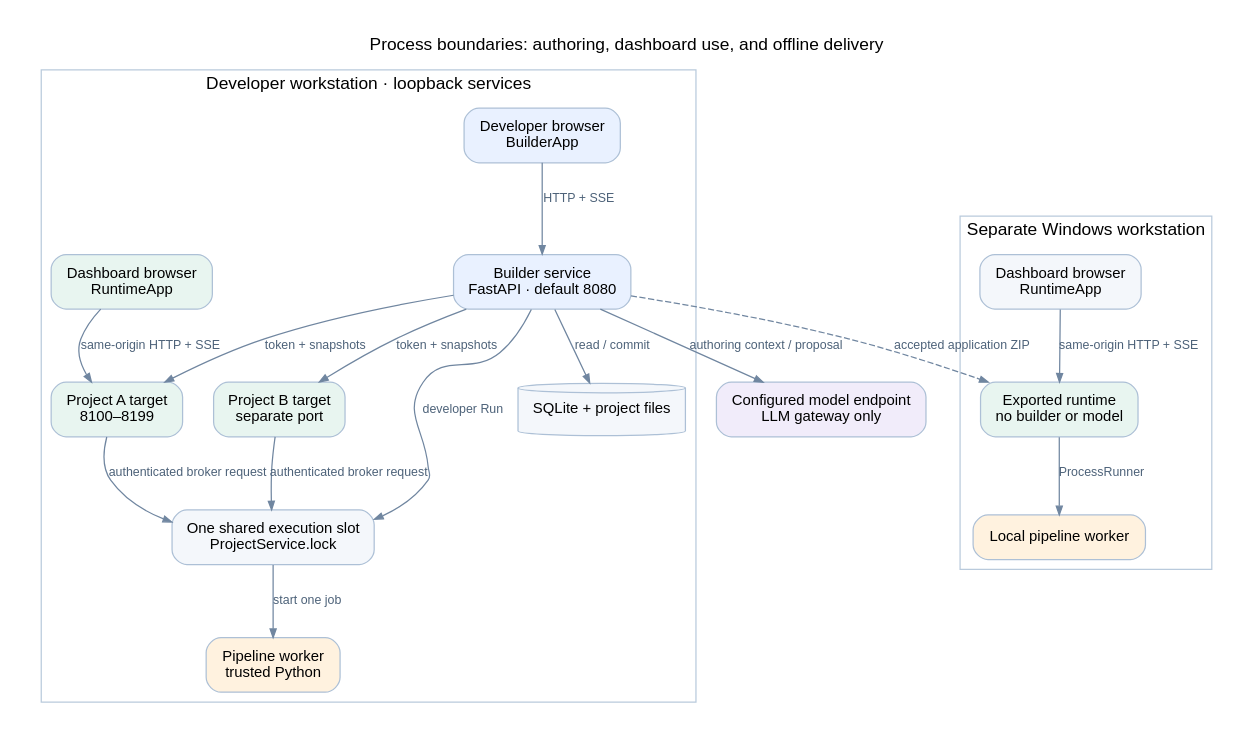
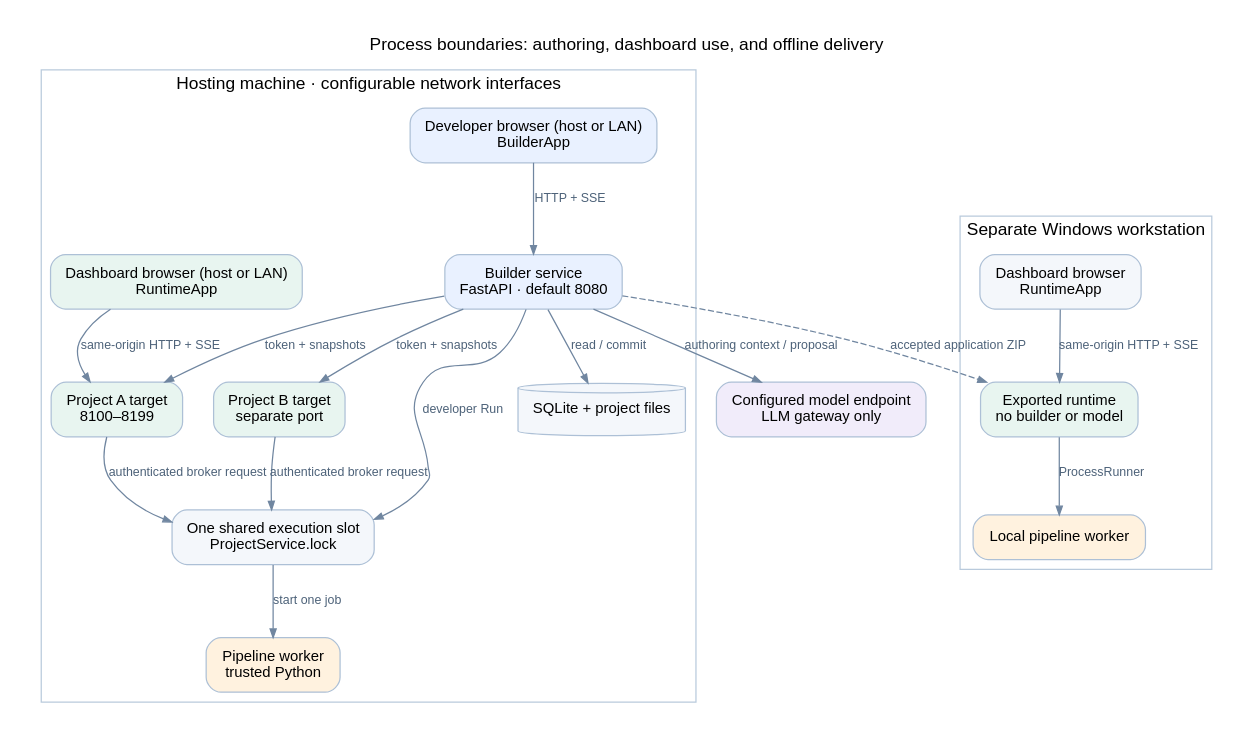
The diagram in llm/data_analysis_agent/docs/developer/diagrams/deployment.dot (ankdesh/build-with-terminator), drawn with Graphviz before and after one commit. The commit also changed 17 other files, not shown here.

Commit message:
Allow LAN access to builder and project dashboards

```diff
--- a/llm/data_analysis_agent/docs/developer/diagrams/deployment.dot
+++ b/llm/data_analysis_agent/docs/developer/diagrams/deployment.dot
@@ -1,36 +1,36 @@
 digraph "deployment" {
  graph [rankdir=TB,bgcolor="white",pad="0.25",nodesep="0.35",ranksep="0.65",fontname="Arial",fontsize=14,label="Process boundaries: authoring, dashboard use, and offline delivery",labelloc=t];
  node [shape=box,style="rounded,filled",fillcolor="#f4f7fb",color="#adc0d6",fontname="Arial",fontsize=12,margin="0.16,0.12"];
  edge [color="#7086a0",fontcolor="#4d6279",fontname="Arial",fontsize=10,arrowsize=0.7];
 
-subgraph cluster_local { label="Developer workstation · loopback services"; color="#b9cadc";
-  developer [label="Developer browser\nBuilderApp",fillcolor="#e9f1ff"];
+subgraph cluster_local { label="Hosting machine · configurable network interfaces"; color="#b9cadc";
+  developer [label="Developer browser (host or LAN)\nBuilderApp",fillcolor="#e9f1ff"];
   builder [label="Builder service\nFastAPI · default 8080",fillcolor="#e9f1ff"];
   target1 [label="Project A target\n8100–8199",fillcolor="#e8f5f0"];
   target2 [label="Project B target\nseparate port",fillcolor="#e8f5f0"];
-  user [label="Dashboard browser\nRuntimeApp",fillcolor="#e8f5f0"];
+  user [label="Dashboard browser (host or LAN)\nRuntimeApp",fillcolor="#e8f5f0"];
   slot [label="One shared execution slot\nProjectService.lock"];
   worker [label="Pipeline worker\ntrusted Python",fillcolor="#fff2df"];
   store [label="SQLite + project files",shape=cylinder];
   developer -> builder [label="HTTP + SSE"];
   builder -> store [label="read / commit"];
   builder -> target1 [label="token + snapshots"];
   builder -> target2 [label="token + snapshots"];
   user -> target1 [label="same-origin HTTP + SSE"];
   target1 -> slot [label="authenticated broker request"];
   target2 -> slot [label="authenticated broker request"];
   builder -> slot [label="developer Run"];
   slot -> worker [label="start one job"];
 }
 model [label="Configured model endpoint\nLLM gateway only",fillcolor="#f1ecfa"];
 builder -> model [label="authoring context / proposal"];
 subgraph cluster_offline { label="Separate Windows workstation"; color="#b9cadc";
   offline [label="Exported runtime\nno builder or model",fillcolor="#e8f5f0"];
   offlineworker [label="Local pipeline worker",fillcolor="#fff2df"];
   offlinebrowser [label="Dashboard browser\nRuntimeApp"];
   offlinebrowser -> offline [label="same-origin HTTP + SSE"];
   offline -> offlineworker [label="ProcessRunner"];
 }
 builder -> offline [label="accepted application ZIP",style=dashed];
 
 }
```
